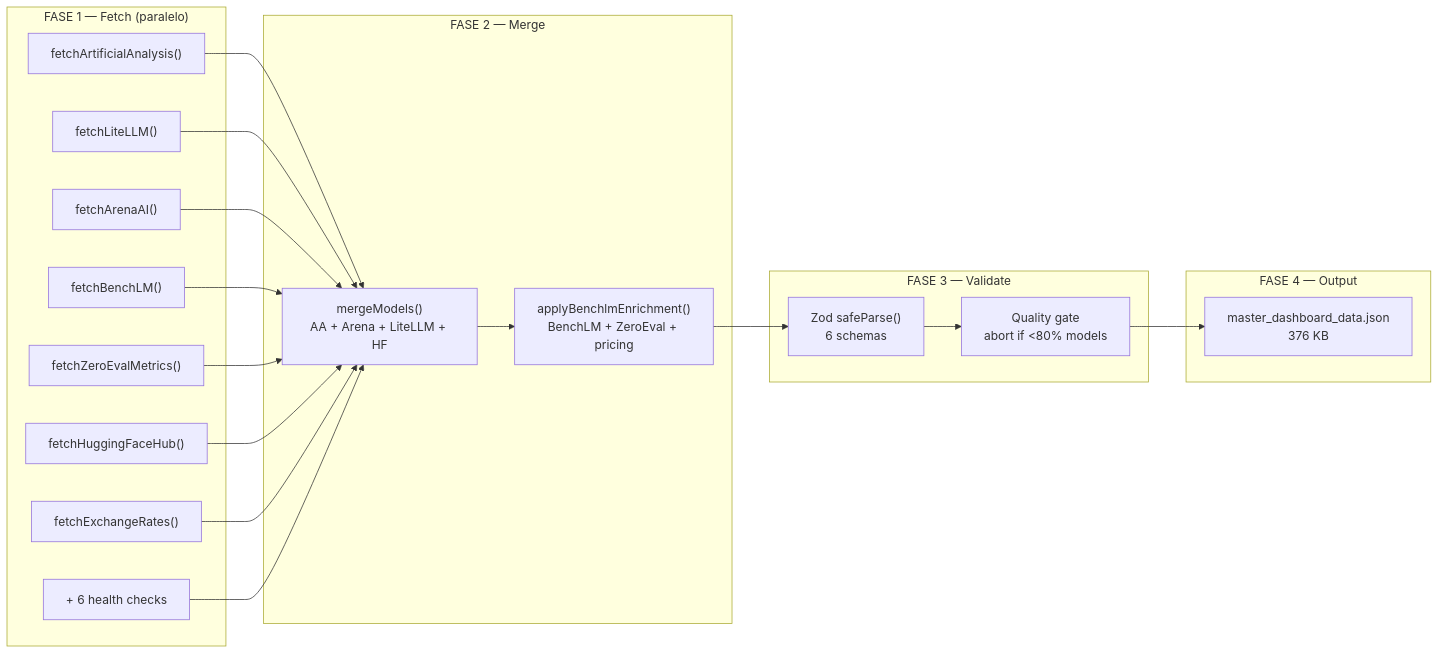
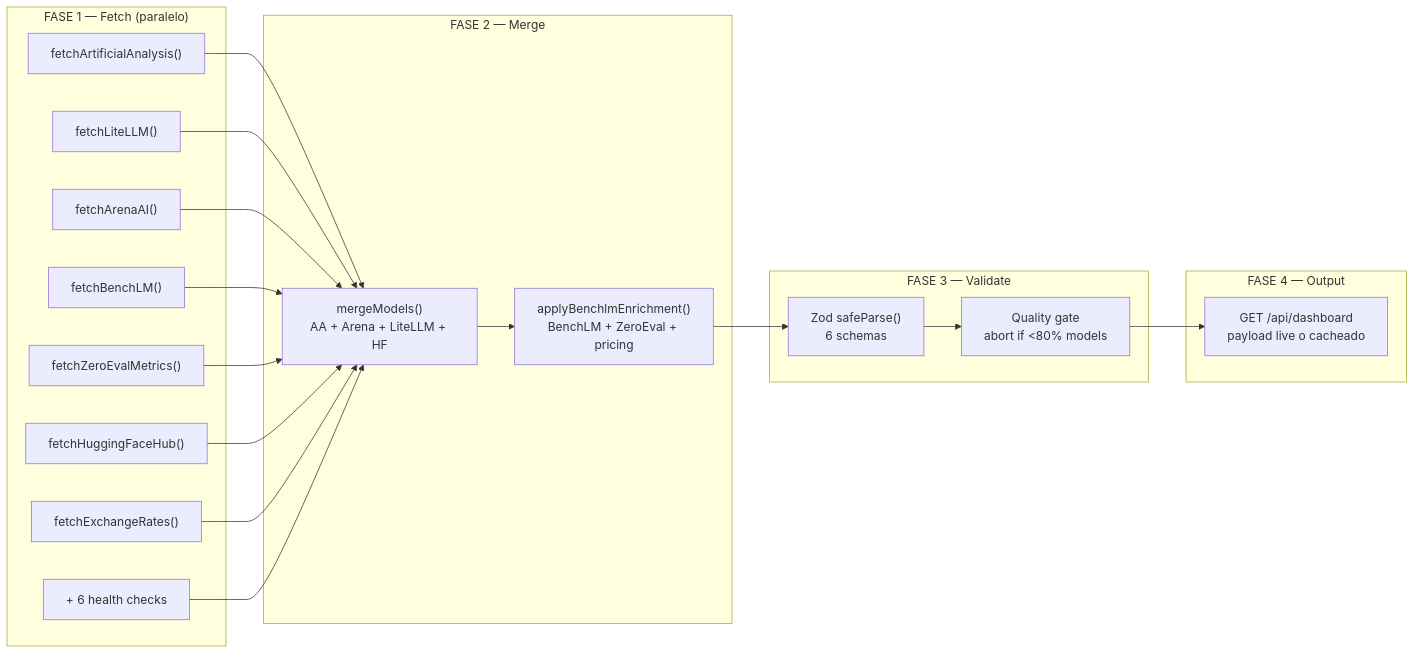
The second of 9 diagrams in ARCHITECTURE.md (redentor159/selectia-app), drawn with Mermaid before and after one commit. The commit also changed other lines of this file and 9 other files, not shown here.

````diff
--- a/ARCHITECTURE.md
+++ b/ARCHITECTURE.md
@@ -70,30 +71,30 @@
 ```mermaid
 flowchart LR
     subgraph "FASE 1 — Fetch (paralelo)"
         F1["fetchArtificialAnalysis()"]
         F2["fetchLiteLLM()"]
         F3["fetchArenaAI()"]
         F4["fetchBenchLM()"]
         F5["fetchZeroEvalMetrics()"]
         F6["fetchHuggingFaceHub()"]
         F7["fetchExchangeRates()"]
         F8["+ 6 health checks"]
     end
 
     subgraph "FASE 2 — Merge"
         M1["mergeModels()<br/>AA + Arena + LiteLLM + HF"]
         M2["applyBenchlmEnrichment()<br/>BenchLM + ZeroEval + pricing"]
     end
 
     subgraph "FASE 3 — Validate"
         V1["Zod safeParse()<br/>6 schemas"]
         V2["Quality gate<br/>abort if <80% models"]
     end
 
     subgraph "FASE 4 — Output"
-        O1["master_dashboard_data.json<br/>376 KB"]
+        O1["GET /api/dashboard<br/>payload live o cacheado"]
     end
 
     F1 & F2 & F3 & F4 & F5 & F6 & F7 & F8 --> M1
     M1 --> M2 --> V1 --> V2 --> O1
 ```
````
